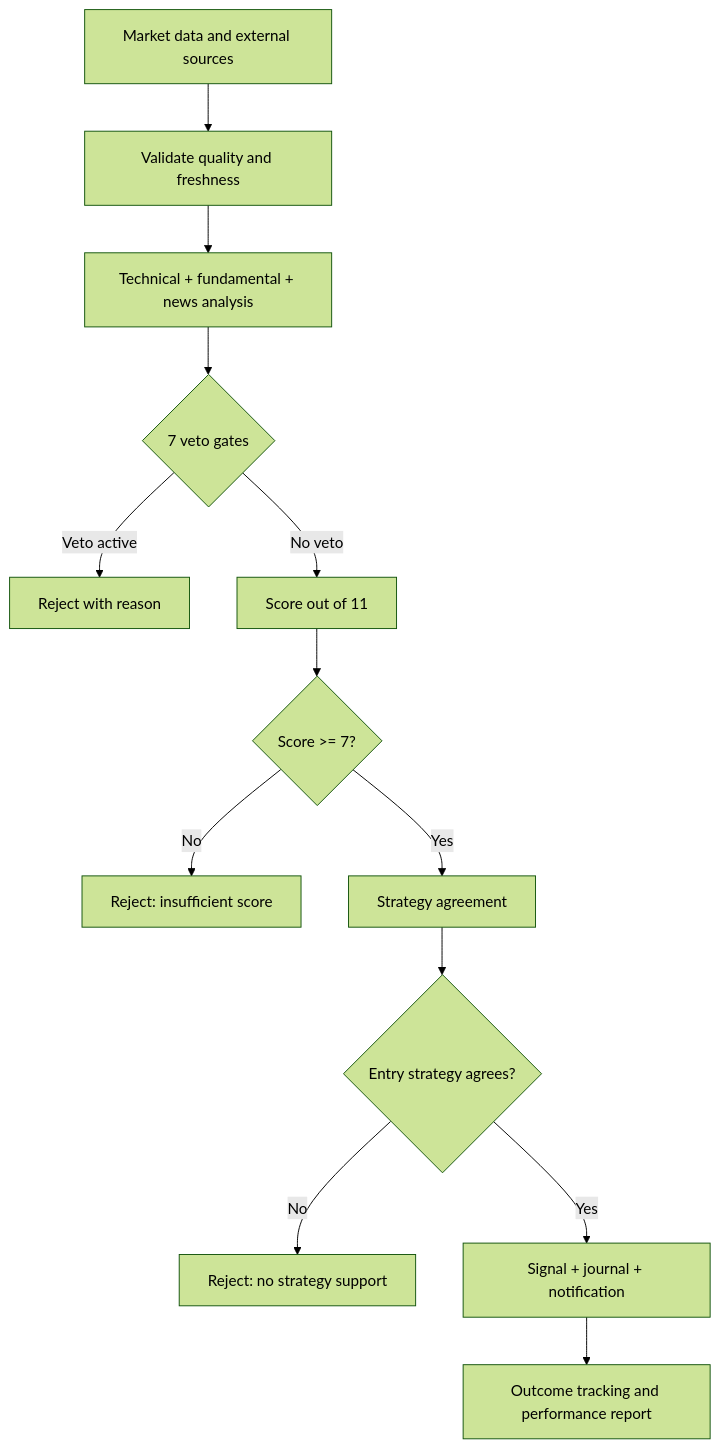
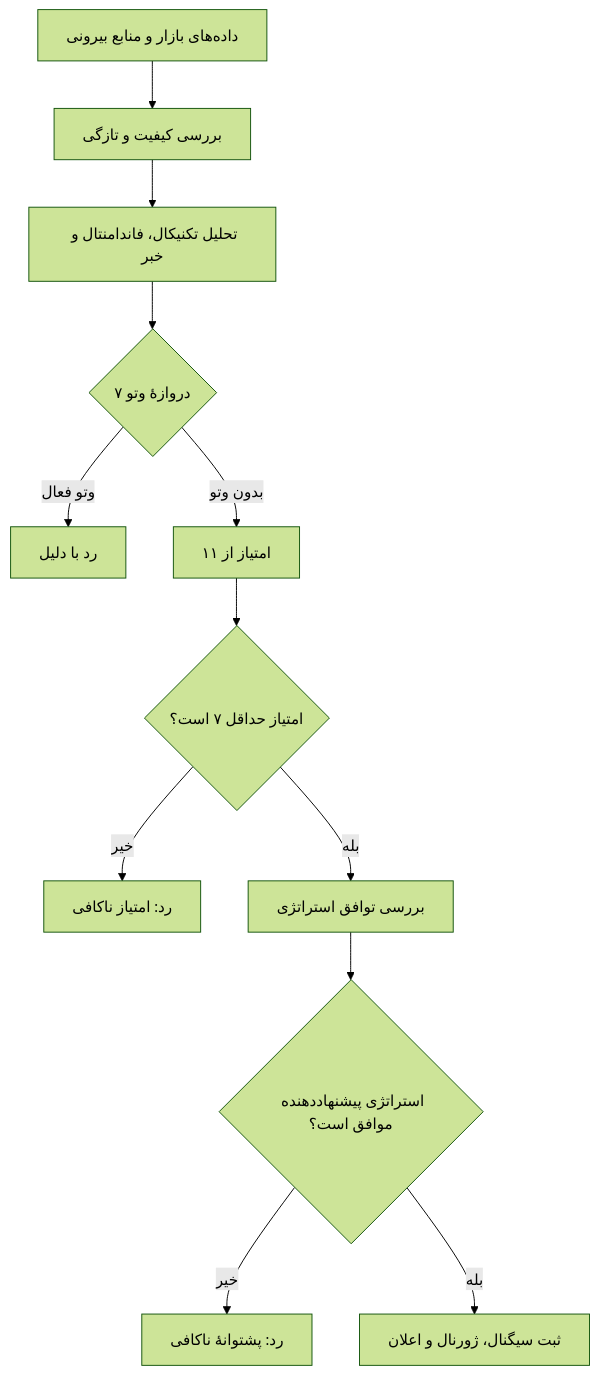
One commit to Suushian/Odin-Assistant changed the first of 3 diagrams in README.md. Above: the diagram before and after it, drawn with Mermaid (forest theme). The commit also changed other lines of this file, not shown here.

````diff
--- a/README.md
+++ b/README.md
@@ -54,15 +35,14 @@
 ```mermaid
 flowchart TD
-    A["Market data and external sources"] --> B["Validate quality and freshness"]
-    B --> C["Technical + fundamental + news analysis"]
-    C --> D{"7 veto gates"}
-    D -- "Veto active" --> X["Reject with reason"]
-    D -- "No veto" --> E["Score out of 11"]
-    E --> F{"Score >= 7?"}
-    F -- "No" --> Y["Reject: insufficient score"]
-    F -- "Yes" --> G["Strategy agreement"]
-    G --> H{"Entry strategy agrees?"}
-    H -- "No" --> Z["Reject: no strategy support"]
-    H -- "Yes" --> I["Signal + journal + notification"]
-    I --> J["Outcome tracking and performance report"]
+    A["داده‌های بازار و منابع بیرونی"] --> B["بررسی کیفیت و تازگی"]
+    B --> C["تحلیل تکنیکال، فاندامنتال و خبر"]
+    C --> D{"۷ دروازهٔ وتو"}
+    D -->|وتو فعال| X["رد با دلیل"]
+    D -->|بدون وتو| E["امتیاز از ۱۱"]
+    E --> F{"امتیاز حداقل ۷ است؟"}
+    F -->|خیر| Y["رد: امتیاز ناکافی"]
+    F -->|بله| G["بررسی توافق استراتژی"]
+    G --> H{"استراتژی پیشنهاددهنده موافق است؟"}
+    H -->|خیر| Z["رد: پشتوانهٔ ناکافی"]
+    H -->|بله| I["ثبت سیگنال، ژورنال و اعلان"]
 ```
````
